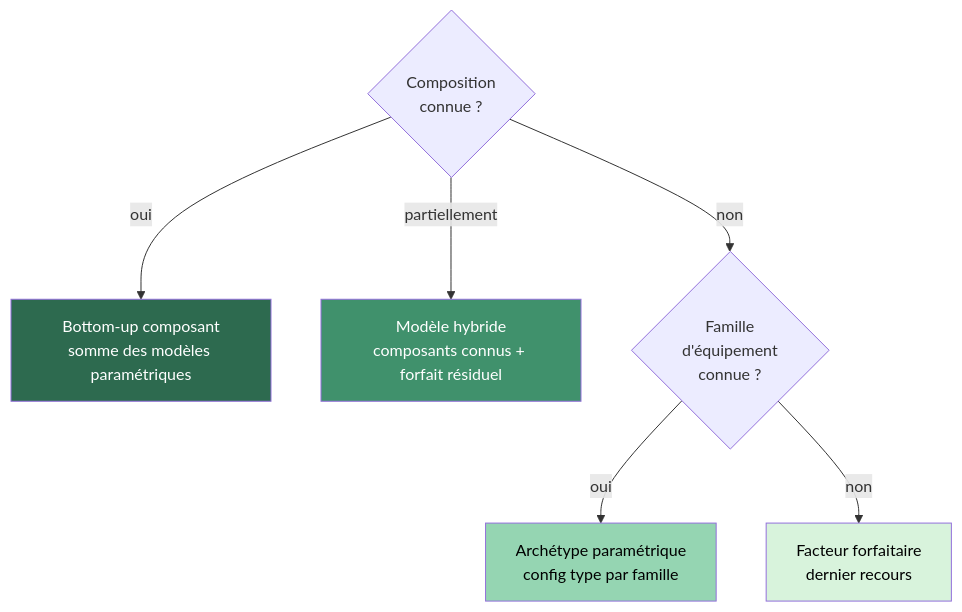
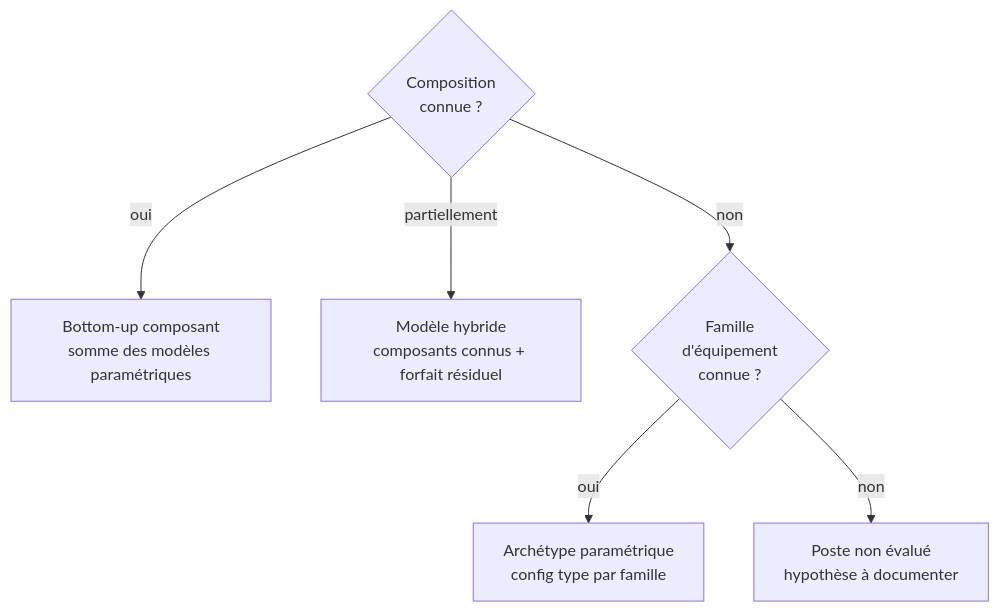
The first of 3 diagrams in docs/modelisation/modelisation-d-un-equipement.md (digital4better/methodology), drawn with Mermaid before and after one commit. The commit also changed other lines of this file and 193 other files, not shown here.

````diff
--- a/docs/modelisation/modelisation-d-un-equipement.md
+++ b/docs/modelisation/modelisation-d-un-equipement.md
@@ -27,13 +58,13 @@
 ```mermaid
 flowchart TD
     A{Composition<br>connue ?} -- oui --> B[Bottom-up composant<br>somme des modèles paramétriques]
     A -- partiellement --> C[Modèle hybride<br>composants connus + forfait résiduel]
     A -- non --> D{Famille<br>d'équipement<br>connue ?}
     D -- oui --> E[Archétype paramétrique<br>config type par famille]
-    D -- non --> F[Facteur forfaitaire<br>dernier recours]
+    D -- non --> F[Poste non évalué<br>hypothèse à documenter]
 
-    style B fill:#2d6a4f,color:#fff
-    style C fill:#40916c,color:#fff
-    style E fill:#95d5b2,color:#000
-    style F fill:#d8f3dc,color:#000
+    class B d4b-navy
+    class C d4b-blue
+    class E d4b-sand
+    class F d4b-blue
 ```
````
